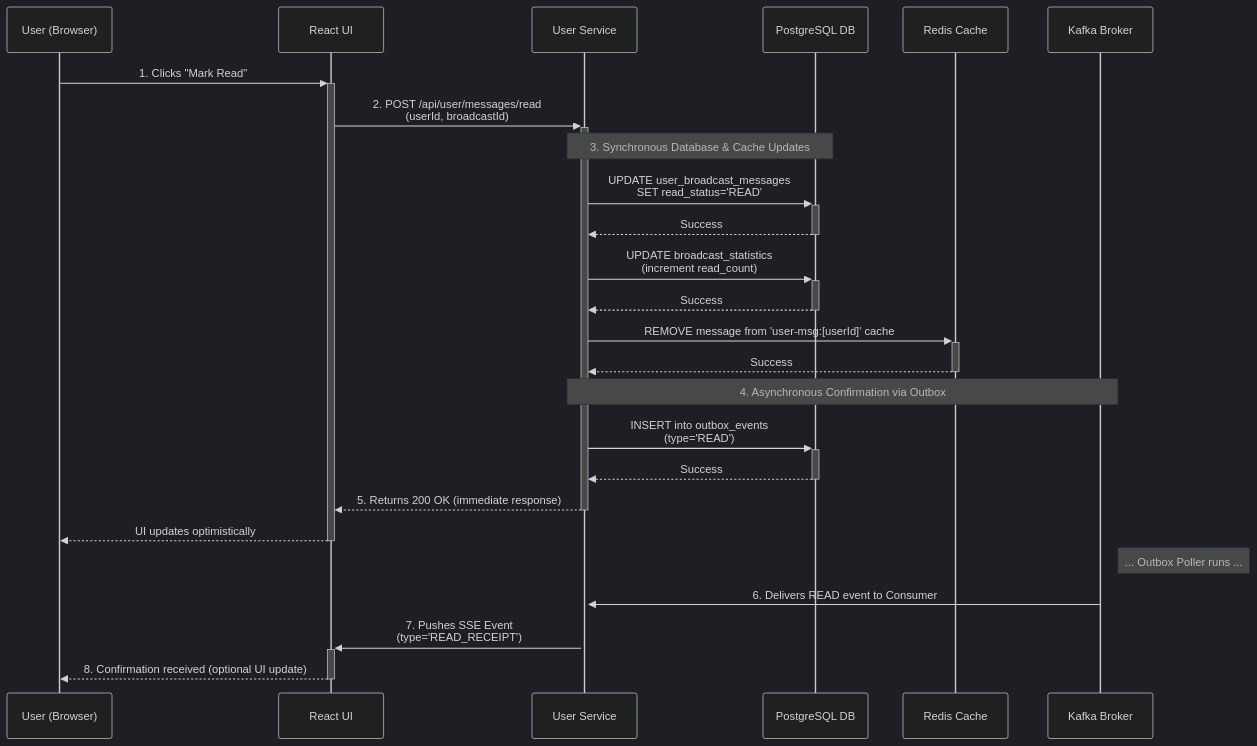
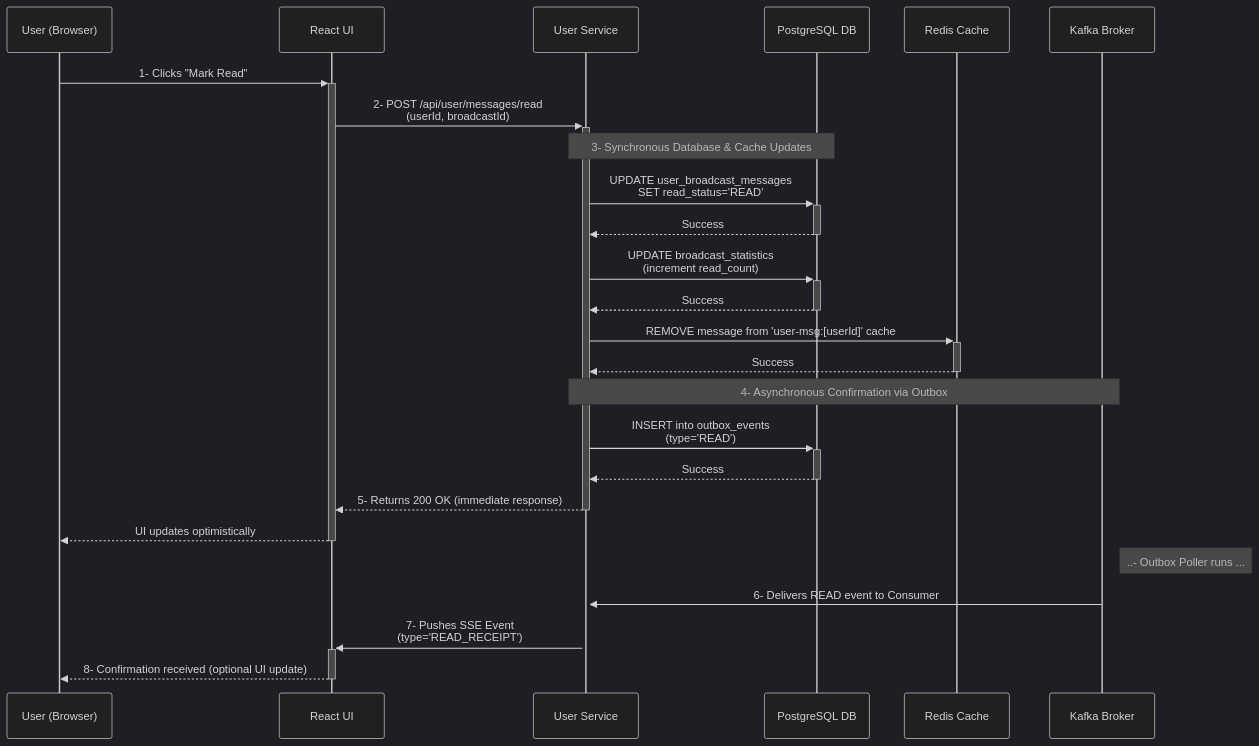
One commit to rsrini7/Notification-SSE-GLM-Flux changed the diagram in MermaidDiagrams/sequence-markread.mmd. Above: the diagram before and after it, drawn with Mermaid (dark theme). The commit also changed 8 other files, not shown here.

Commit message:
updated mermaid diagram

```diff
--- a/MermaidDiagrams/sequence-markread.mmd
+++ b/MermaidDiagrams/sequence-markread.mmd
@@ -1,32 +1,32 @@
 sequenceDiagram
     participant User as User (Browser)
     participant UI as React UI
     participant UserService as User Service
     participant DB as PostgreSQL DB
     participant Redis as Redis Cache
     participant Kafka as Kafka Broker
 
-    User->>+UI: 1. Clicks "Mark Read"
+    User->>+UI: 1- Clicks "Mark Read"
 
-    UI->>+UserService: 2. POST /api/user/messages/read <br/> (userId, broadcastId)
+    UI->>+UserService: 2- POST /api/user/messages/read <br/> (userId, broadcastId)
 
-    Note over UserService, DB: 3. Synchronous Database & Cache Updates
+    Note over UserService, DB: 3- Synchronous Database & Cache Updates
     UserService->>+DB: UPDATE user_broadcast_messages <br/> SET read_status='READ'
     DB-->>-UserService: Success
     UserService->>+DB: UPDATE broadcast_statistics <br/> (increment read_count)
     DB-->>-UserService: Success
     UserService->>+Redis: REMOVE message from 'user-msg:[userId]' cache
     Redis-->>-UserService: Success
     
-    Note over UserService, Kafka: 4. Asynchronous Confirmation via Outbox
+    Note over UserService, Kafka: 4- Asynchronous Confirmation via Outbox
     UserService->>+DB: INSERT into outbox_events <br/> (type='READ')
     DB-->>-UserService: Success
     
-    UserService-->>-UI: 5. Returns 200 OK (immediate response)
+    UserService-->>-UI: 5- Returns 200 OK (immediate response)
     UI-->>-User: UI updates optimistically
 
-    Note right of Kafka: ... Outbox Poller runs ...
+    Note right of Kafka: ..- Outbox Poller runs ...
 
-    Kafka->>+UserService: 6. Delivers READ event to Consumer
-    UserService->>+UI: 7. Pushes SSE Event <br/> (type='READ_RECEIPT')
-    UI-->>-User: 8. Confirmation received (optional UI update)
+    Kafka->>+UserService: 6- Delivers READ event to Consumer
+    UserService->>+UI: 7- Pushes SSE Event <br/> (type='READ_RECEIPT')
+    UI-->>-User: 8- Confirmation received (optional UI update)
```
